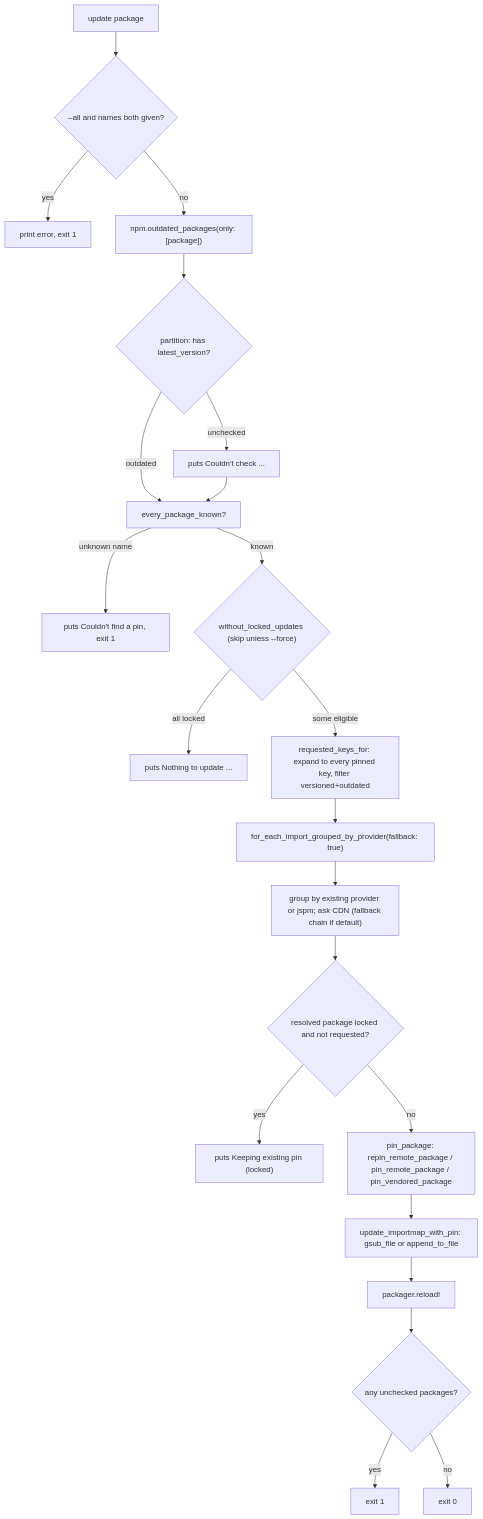
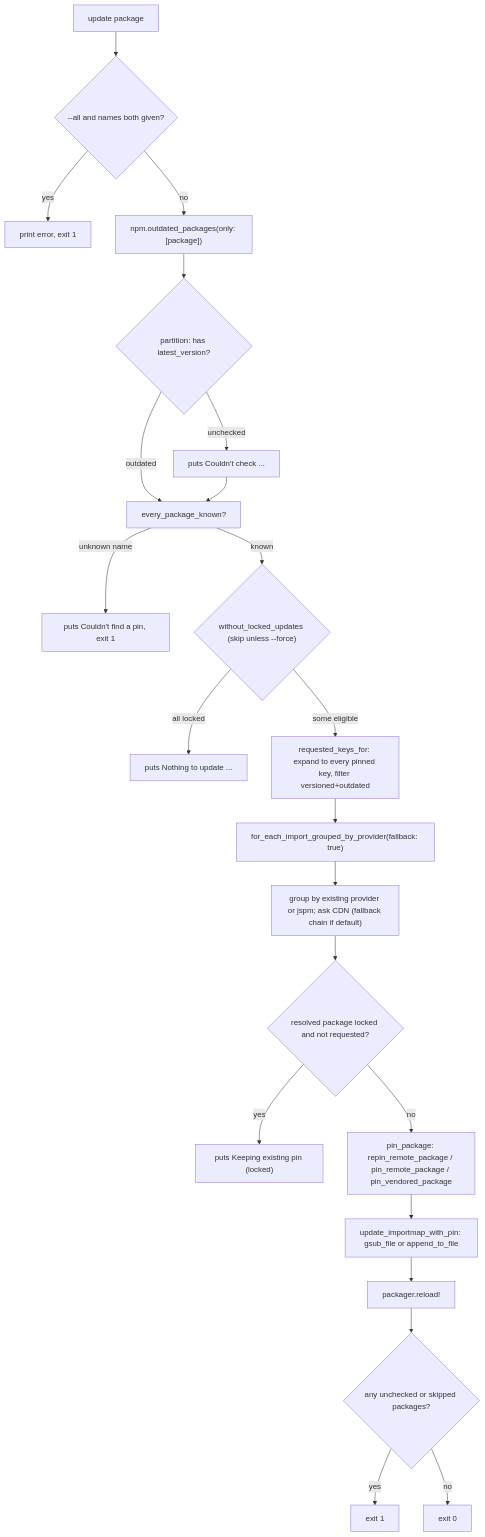
The diagram in lode/cli/summary.md (zoolutions/importmap-plus), drawn with Mermaid before and after one commit. The commit also changed other lines of this file and 6 other files, not shown here.

````diff
--- a/lode/cli/summary.md
+++ b/lode/cli/summary.md
@@ -233,24 +237,24 @@
 ```mermaid
 flowchart TD
     A["update package"] --> B{"--all and names both given?"}
     B -- yes --> B1["print error, exit 1"]
     B -- no --> C["npm.outdated_packages(only: [package])"]
     C --> D{"partition: has latest_version?"}
     D -- unchecked --> D1["puts Couldn't check ..."]
     D -- outdated --> E["every_package_known?"]
     D1 --> E
     E -- unknown name --> E1["puts Couldn't find a pin, exit 1"]
     E -- known --> F{"without_locked_updates (skip unless --force)"}
     F -- all locked --> F1["puts Nothing to update ..."]
     F -- some eligible --> G["requested_keys_for: expand to every pinned key, filter versioned+outdated"]
     G --> H["for_each_import_grouped_by_provider(fallback: true)"]
     H --> I["group by existing provider or jspm; ask CDN (fallback chain if default)"]
     I --> J{"resolved package locked and not requested?"}
     J -- yes --> J1["puts Keeping existing pin (locked)"]
     J -- no --> K["pin_package: repin_remote_package / pin_remote_package / pin_vendored_package"]
     K --> L["update_importmap_with_pin: gsub_file or append_to_file"]
     L --> M["packager.reload!"]
-    M --> N{"any unchecked packages?"}
+    M --> N{"any unchecked or skipped packages?"}
     N -- yes --> N1["exit 1"]
     N -- no --> O["exit 0"]
 ```
````
